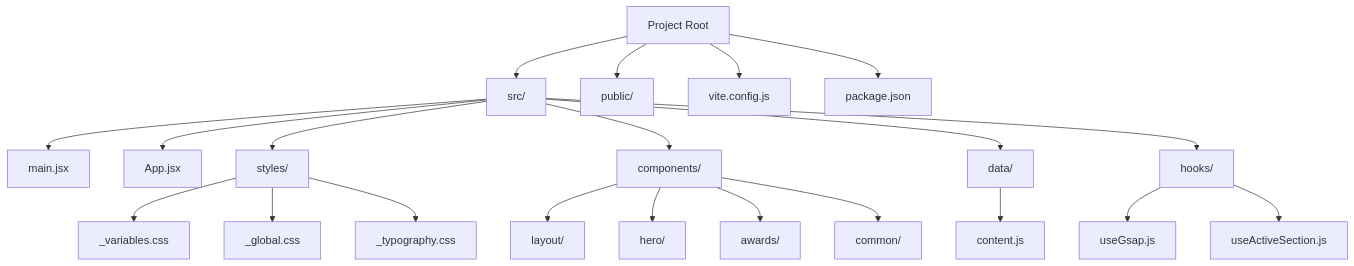
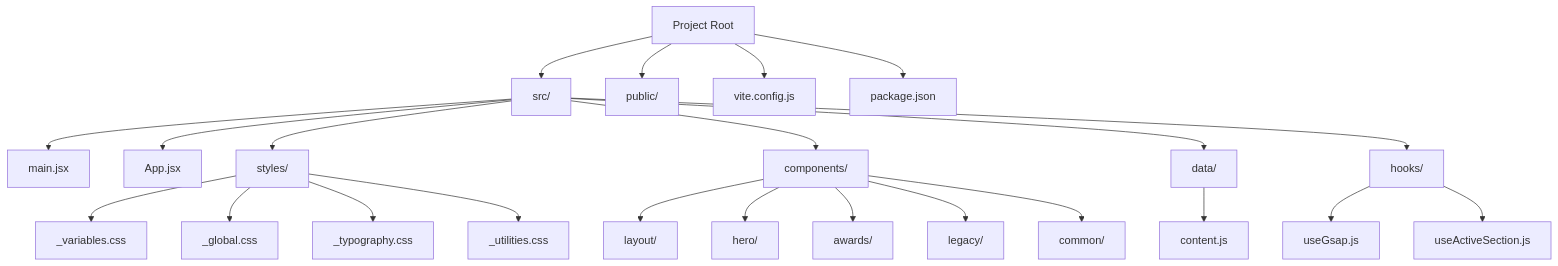
One commit to rakeshmaity271/frankie-picasso changed the first of 2 diagrams in .qoder/repowiki/en/content/Frontend Components.md. Above: the diagram before and after it, drawn with Mermaid. The commit also changed other lines of this file and 47 other files, not shown here.

Commit message:
Add acts and closing components, update all sections and styles

````diff
--- a/.qoder/repowiki/en/content/Frontend Components.md
+++ b/.qoder/repowiki/en/content/Frontend Components.md
@@ -64,23 +66,25 @@
 ```mermaid
 graph TB
 Root["Project Root"] --> Src["src/"]
 Root --> Public["public/"]
 Root --> Config["vite.config.js"]
 Root --> Package["package.json"]
 Src --> Main["main.jsx"]
 Src --> App["App.jsx"]
 Src --> Styles["styles/"]
 Src --> Components["components/"]
 Src --> Data["data/"]
 Src --> Hooks["hooks/"]
 Components --> Layout["layout/"]
 Components --> Hero["hero/"]
 Components --> Awards["awards/"]
+Components --> Legacy["legacy/"]
 Components --> Common["common/"]
 Data --> Content["content.js"]
 Hooks --> GSAP["useGsap.js"]
 Hooks --> ActiveSection["useActiveSection.js"]
 Styles --> Variables["_variables.css"]
 Styles --> Global["_global.css"]
 Styles --> Typography["_typography.css"]
+Styles --> Utilities["_utilities.css"]
 ```
````
